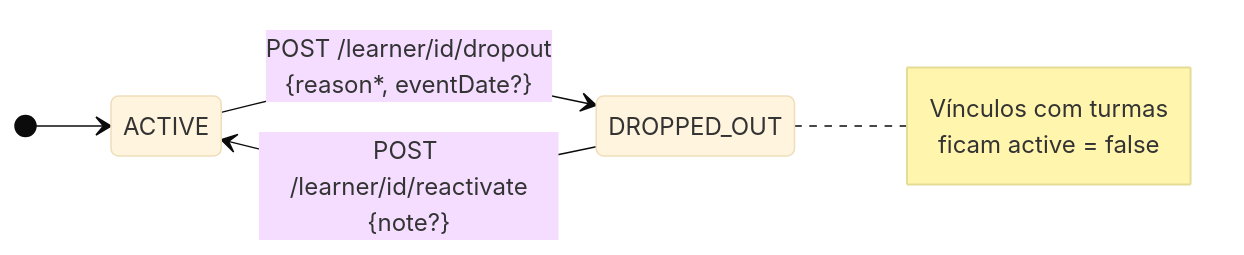
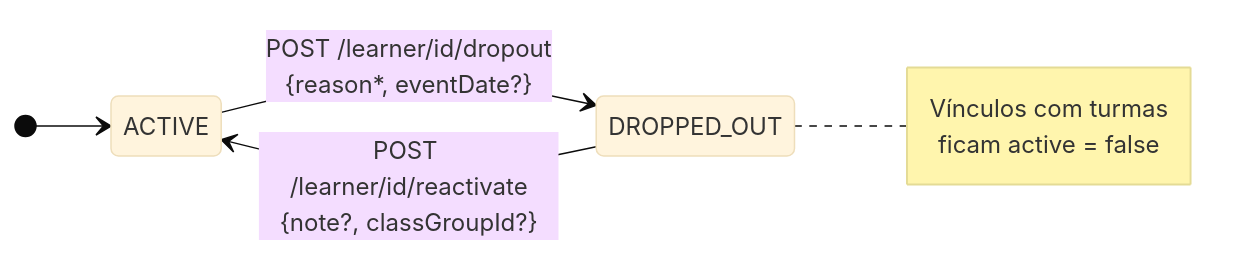
The fourth of 4 diagrams in docs/tecnico/fluxo-educandos.md (projeto-resgate/projetoresgate-api), drawn with Mermaid (base theme) before and after one commit. The commit also changed other lines of this file and 18 other files, not shown here.

````diff
--- a/docs/tecnico/fluxo-educandos.md
+++ b/docs/tecnico/fluxo-educandos.md
@@ -114,11 +114,11 @@
 ```mermaid
 stateDiagram-v2
     direction LR
     [*] --> ACTIVE
     ACTIVE --> DROPPED_OUT : POST /learner/id/dropout<br/>{reason*, eventDate?}
-    DROPPED_OUT --> ACTIVE : POST /learner/id/reactivate<br/>{note?}
+    DROPPED_OUT --> ACTIVE : POST /learner/id/reactivate<br/>{note?, classGroupId?}
     note right of DROPPED_OUT
         Vínculos com turmas
         ficam active = false
     end note
 ```
````
